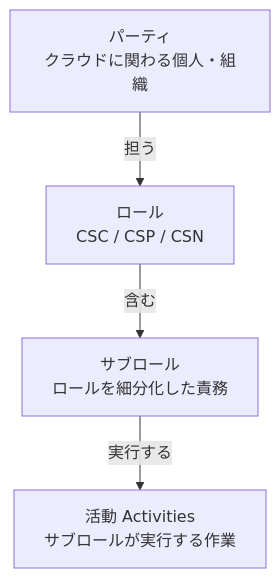
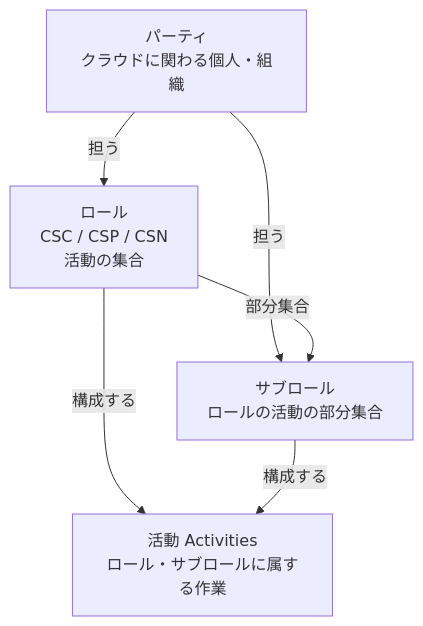
Before and after one commit to myoshi2891/Cloud-Infrastructure-and-Network-Studies: the fourth of 20 diagrams in Iso-iec-22123-3-2023-guide.md, drawn with Mermaid. The commit also changed other lines of this file and 9 other files, not shown here.

````diff
--- a/Iso-iec-22123-3-2023-guide.md
+++ b/Iso-iec-22123-3-2023-guide.md
@@ -185,11 +185,13 @@
 ```mermaid
 flowchart TB
     PARTY["パーティ<br/>クラウドに関わる個人・組織"]
-    ROLE["ロール<br/>CSC / CSP / CSN"]
-    SUB["サブロール<br/>ロールを細分化した責務"]
-    ACT["活動 Activities<br/>サブロールが実行する作業"]
+    ROLE["ロール<br/>CSC / CSP / CSN<br/>活動の集合"]
+    SUB["サブロール<br/>ロールの活動の部分集合"]
+    ACT["活動 Activities<br/>ロール・サブロールに属する作業"]
 
     PARTY -->|担う| ROLE
-    ROLE -->|含む| SUB
-    SUB -->|実行する| ACT
+    PARTY -->|担う| SUB
+    ROLE -->|部分集合| SUB
+    ROLE -->|構成する| ACT
+    SUB -->|構成する| ACT
 ```
````
